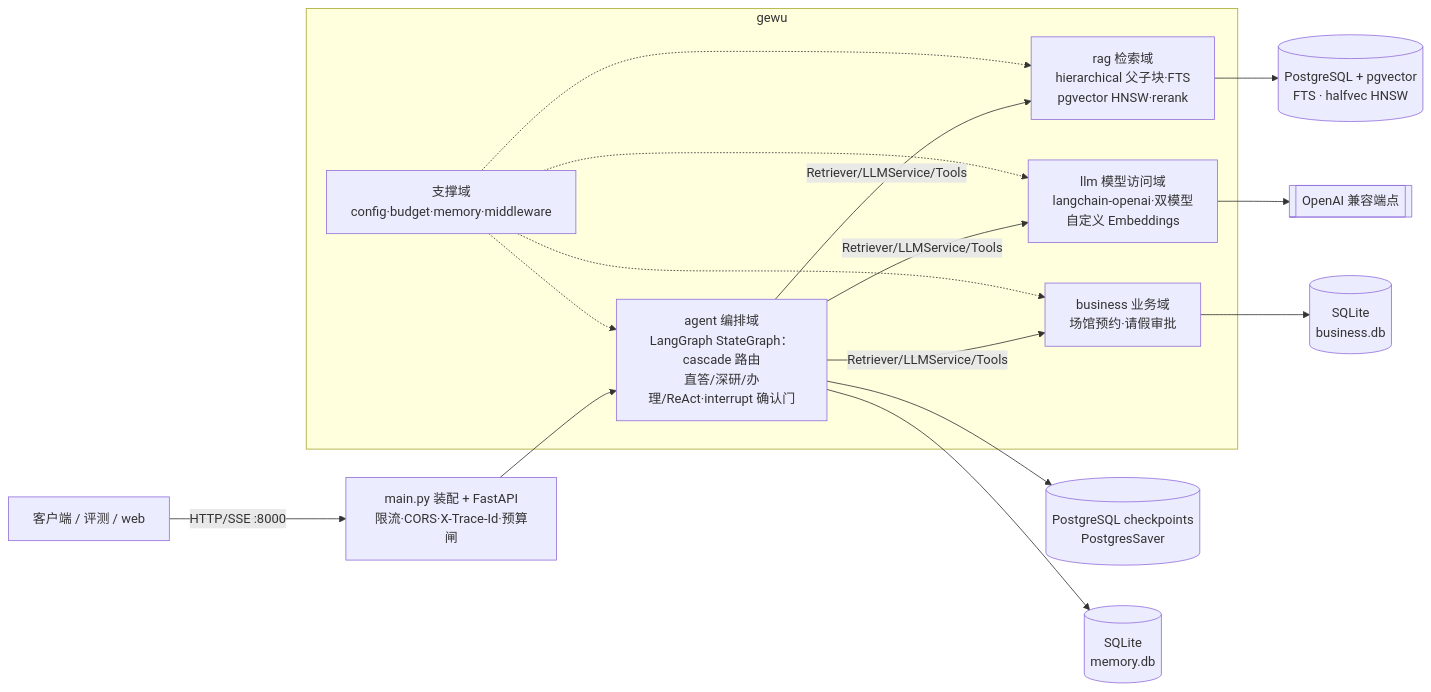
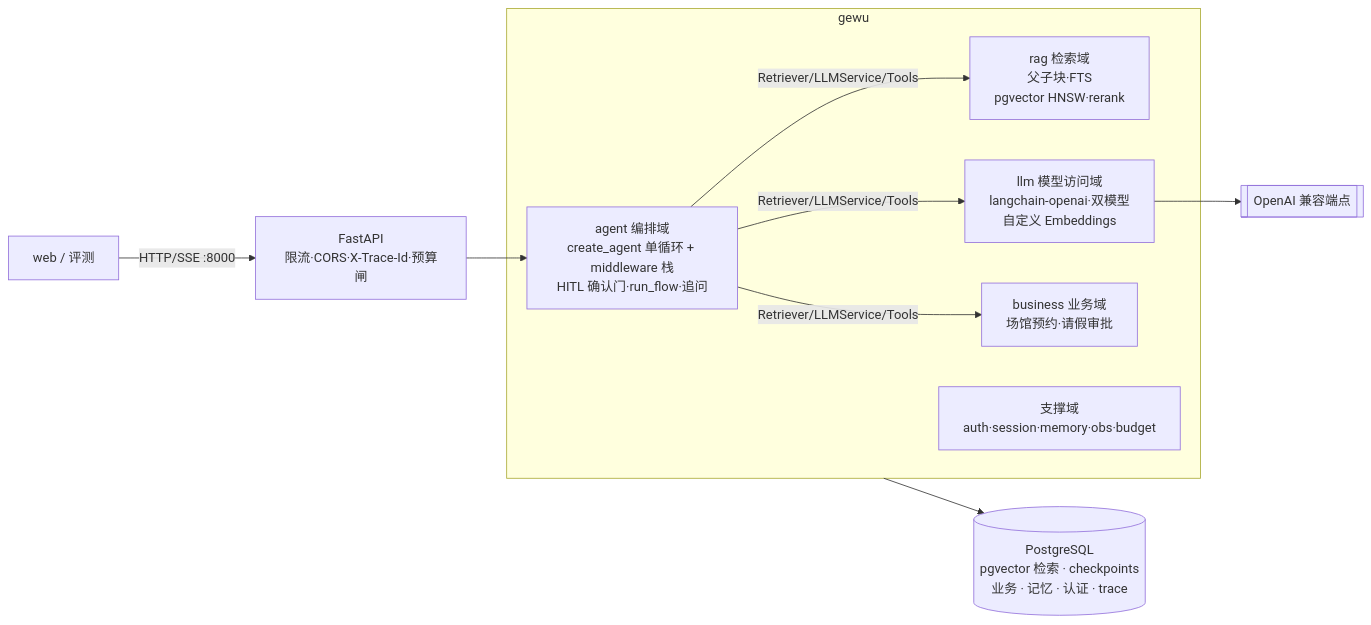
One commit to Thekshy/gewu changed the diagram in README.md. Above: the diagram before and after it, drawn with Mermaid. The commit also changed other lines of this file and 13 other files, not shown here.

Commit message:
docs(p36): 文档对齐 P35——根 README 重写（单循环/五页面/make ingest/部署安全注记）+architecture 01/09/10 跟齐 P31+05/07/08 小修+PARITY §0.10/§14/§3+roadmap 补 P34~P36 与挂账盘点+docs/README 索引+.env.example 全集+DESIGN.md 版本晋级+AGENTS.md 核心域表述更新

````diff
--- a/README.md
+++ b/README.md
@@ -59,21 +62,17 @@
 ```mermaid
 flowchart LR
-    C[客户端 / 评测 / web] -->|HTTP/SSE :8000| API[main.py 装配 + FastAPI<br/>限流·CORS·X-Trace-Id·预算闸]
+    C[web / 评测] -->|HTTP/SSE :8000| API[FastAPI<br/>限流·CORS·X-Trace-Id·预算闸]
 
     subgraph gewu
-        AGENT[agent 编排域<br/>LangGraph StateGraph：cascade 路由<br/>直答/深研/办理/ReAct·interrupt 确认门]
-        RAG[rag 检索域<br/>hierarchical 父子块·FTS<br/>pgvector HNSW·rerank]
+        AGENT[agent 编排域<br/>create_agent 单循环 + middleware 栈<br/>HITL 确认门·run_flow·追问]
+        RAG[rag 检索域<br/>父子块·FTS<br/>pgvector HNSW·rerank]
         LLM[llm 模型访问域<br/>langchain-openai·双模型<br/>自定义 Embeddings]
         BIZ[business 业务域<br/>场馆预约·请假审批]
-        SUP[支撑域<br/>config·budget·memory·middleware]
+        SUP[支撑域<br/>auth·session·memory·obs·budget]
     end
 
     API --> AGENT
     AGENT -->|Retriever/LLMService/Tools| RAG & LLM & BIZ
-    RAG --> DB[(PostgreSQL + pgvector<br/>FTS · halfvec HNSW)]
-    AGENT --> DB2[(PostgreSQL checkpoints<br/>PostgresSaver)]
-    AGENT --> DB3[(SQLite<br/>memory.db)]
-    BIZ --> DB4[(SQLite<br/>business.db)]
+    gewu --> DB[(PostgreSQL<br/>pgvector 检索 · checkpoints<br/>业务 · 记忆 · 认证 · trace)]
     LLM --> EXT[[OpenAI 兼容端点]]
-    SUP -.-> AGENT & RAG & LLM & BIZ
 ```
````
